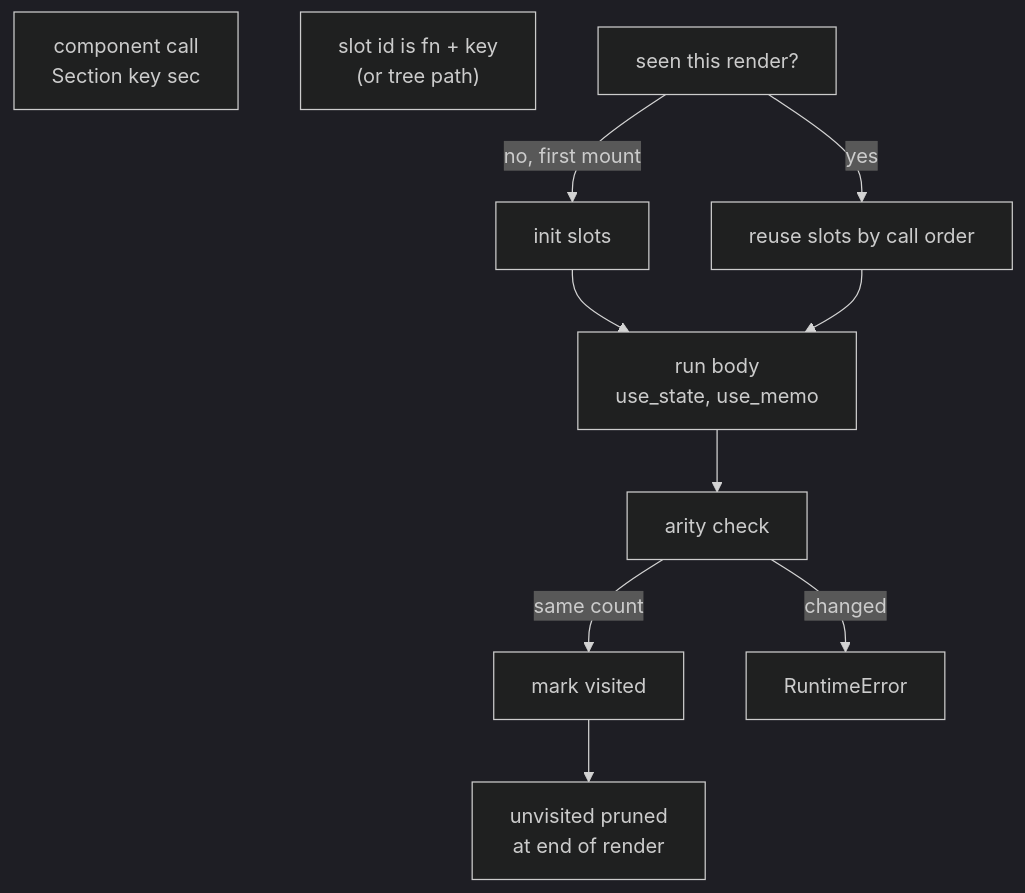
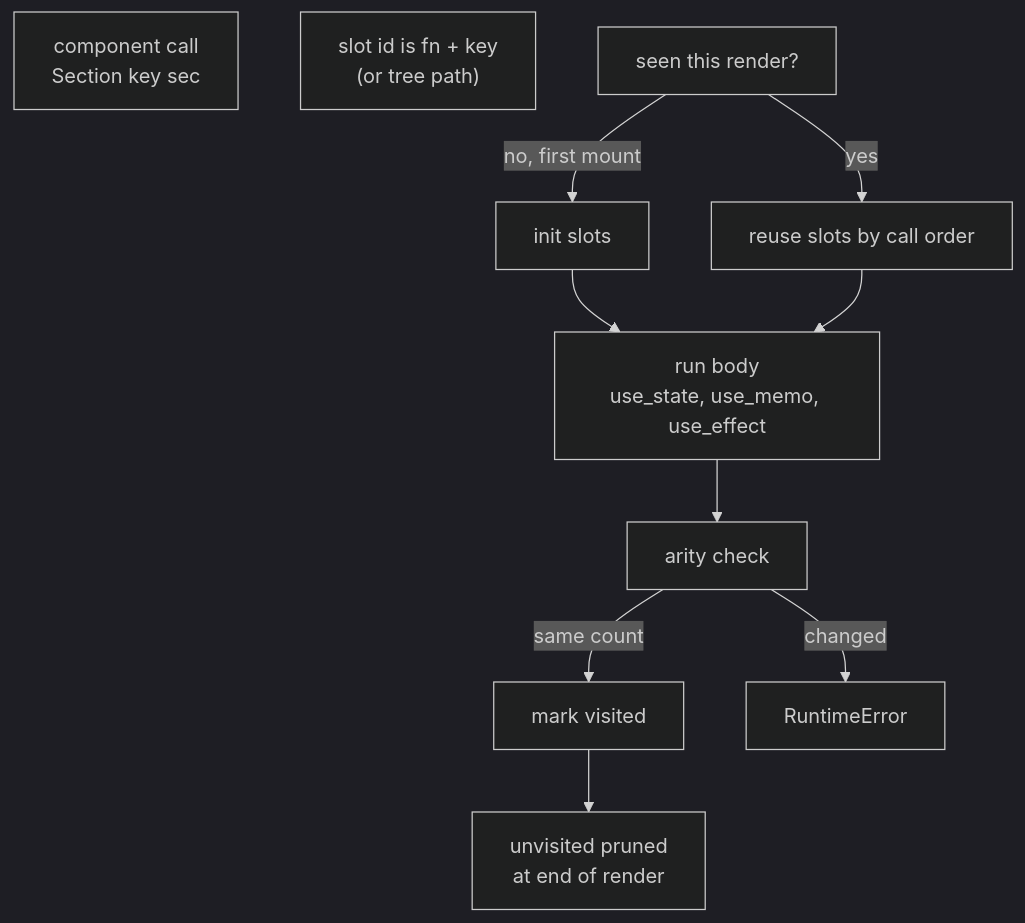
One commit to aaron-riact/flyrail changed the seventh of 8 diagrams in docs/how-it-works.md. Above: the diagram before and after it, drawn with Mermaid (dark theme). The commit also changed other lines of this file and 1 other file, not shown here.

````diff
--- a/docs/how-it-works.md
+++ b/docs/how-it-works.md
@@ -152,14 +171,14 @@
 ```mermaid
 flowchart TD
     C["component call<br/>Section key sec"]
     S["slot id is fn + key<br/>(or tree path)"]
     N["seen this render?"]
     N -- "no, first mount" --> I["init slots"]
     N -- "yes" --> R["reuse slots by call order"]
-    I --> H["run body<br/>use_state, use_memo"]
+    I --> H["run body<br/>use_state, use_memo, use_effect"]
     R --> H
     H --> K["arity check"]
     K -- "same count" --> V["mark visited"]
     K -- "changed" --> ERR["RuntimeError"]
     V --> U["unvisited pruned<br/>at end of render"]
 ```
````
